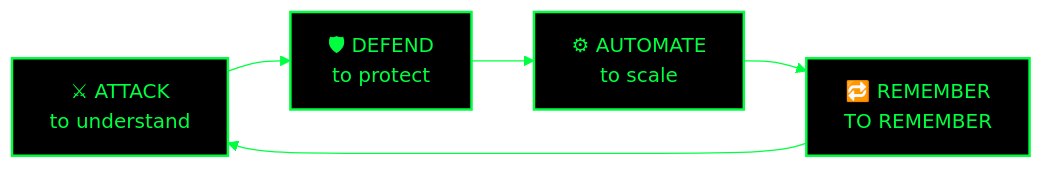
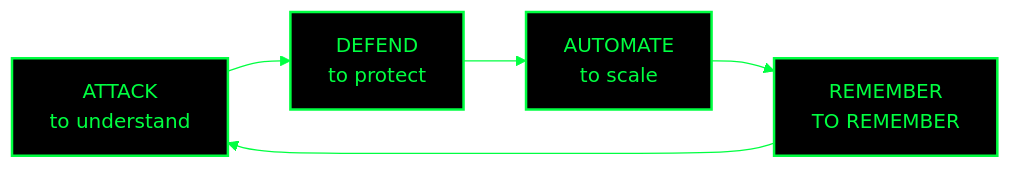
One commit to karabo17-x/karabo17-x changed the first of 5 diagrams in README.md. Above: the diagram before and after it, drawn with Mermaid. The commit also changed other lines of this file, not shown here.

````diff
--- a/README.md
+++ b/README.md
@@ -29,11 +30,11 @@
 ```mermaid
 %%{init: {'theme':'base','themeVariables':{'background':'#000000','primaryColor':'#000000','primaryTextColor':'#00ff41','primaryBorderColor':'#00ff41','lineColor':'#00ff41','secondaryColor':'#000000','tertiaryColor':'#000000','fontFamily':'Courier New, monospace'}}}%%
 flowchart LR
-    A["⚔ ATTACK<br/>to understand"] --> B["🛡 DEFEND<br/>to protect"]
-    B --> C["⚙ AUTOMATE<br/>to scale"]
-    C --> D["🔁 REMEMBER<br/>TO REMEMBER"]
+    A["ATTACK<br/>to understand"] --> B["DEFEND<br/>to protect"]
+    B --> C["AUTOMATE<br/>to scale"]
+    C --> D["REMEMBER<br/>TO REMEMBER"]
     D --> A
 
     classDef node fill:#000,stroke:#00ff41,stroke-width:2px,color:#00ff41;
     class A,B,C,D node;
 ```
````
